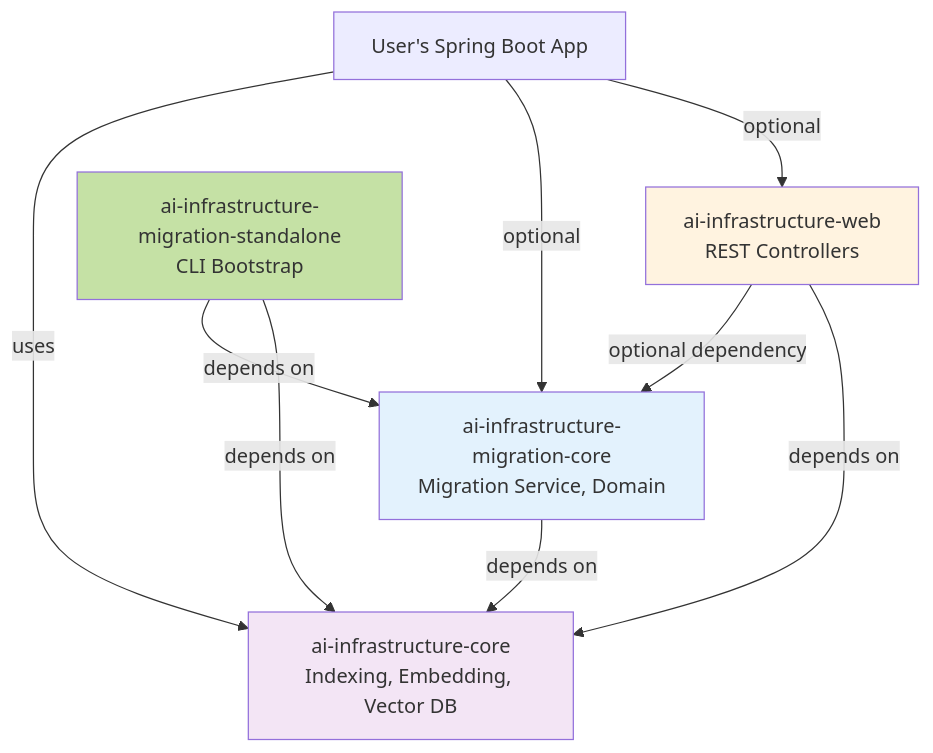
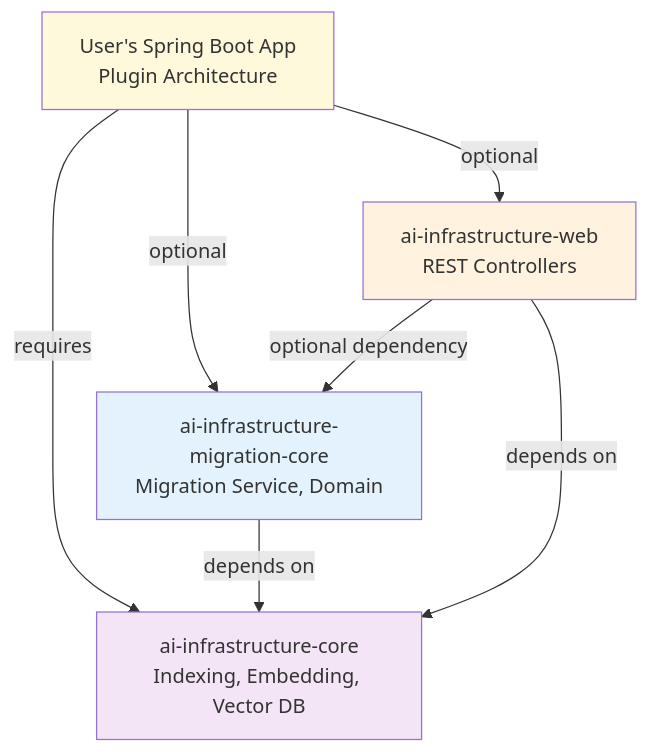
One commit to mahmoudashraf/AI-Fabric-Framework changed the first of 2 diagrams in docs/MIGRATION_MODULE_ARCHITECTURE.md. Above: the diagram before and after it, drawn with Mermaid. The commit also changed other lines of this file, not shown here.

````diff
--- a/docs/MIGRATION_MODULE_ARCHITECTURE.md
+++ b/docs/MIGRATION_MODULE_ARCHITECTURE.md
@@ -59,24 +84,21 @@
 ```mermaid
 graph TD
     Core[ai-infrastructure-core<br/>Indexing, Embedding, Vector DB]
     
     Migration[ai-infrastructure-migration-core<br/>Migration Service, Domain]
     Web[ai-infrastructure-web<br/>REST Controllers]
-    Standalone[ai-infrastructure-migration-standalone<br/>CLI Bootstrap]
     
     Migration -->|depends on| Core
     Web -->|optional dependency| Migration
     Web -->|depends on| Core
-    Standalone -->|depends on| Migration
-    Standalone -->|depends on| Core
     
-    UserApp[User's Spring Boot App]
-    UserApp -->|uses| Core
+    UserApp[User's Spring Boot App<br/>Plugin Architecture]
+    UserApp -->|requires| Core
     UserApp -->|optional| Migration
     UserApp -->|optional| Web
     
     style Migration fill:#e3f2fd
     style Web fill:#fff3e0
-    style Standalone fill:#c5e1a5
     style Core fill:#f3e5f5
+    style UserApp fill:#fff9db
 ```
````
